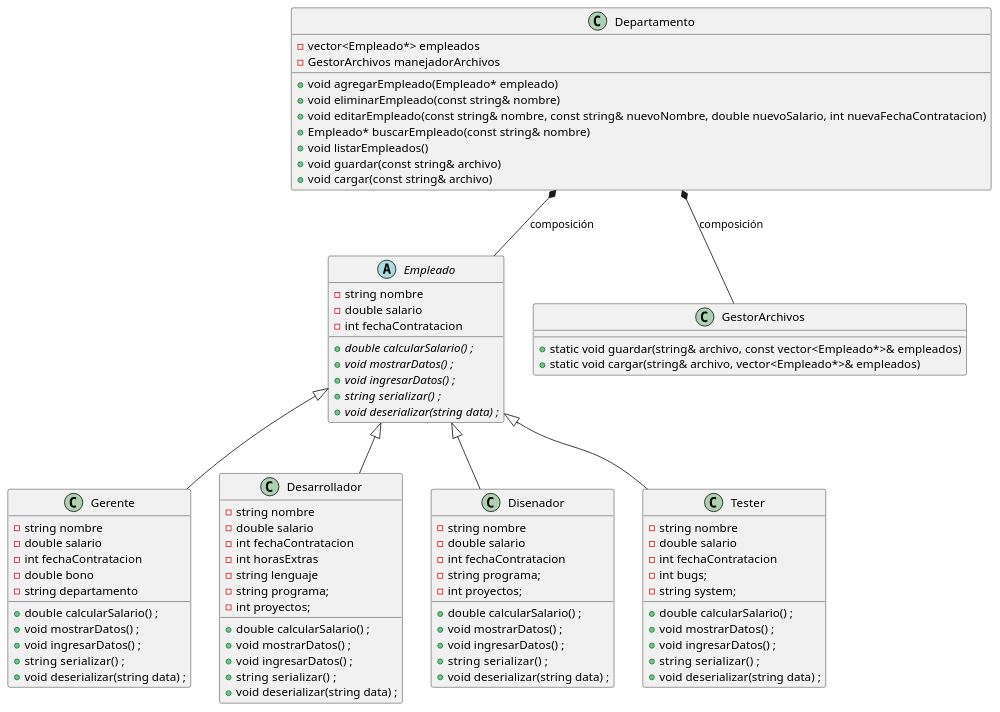
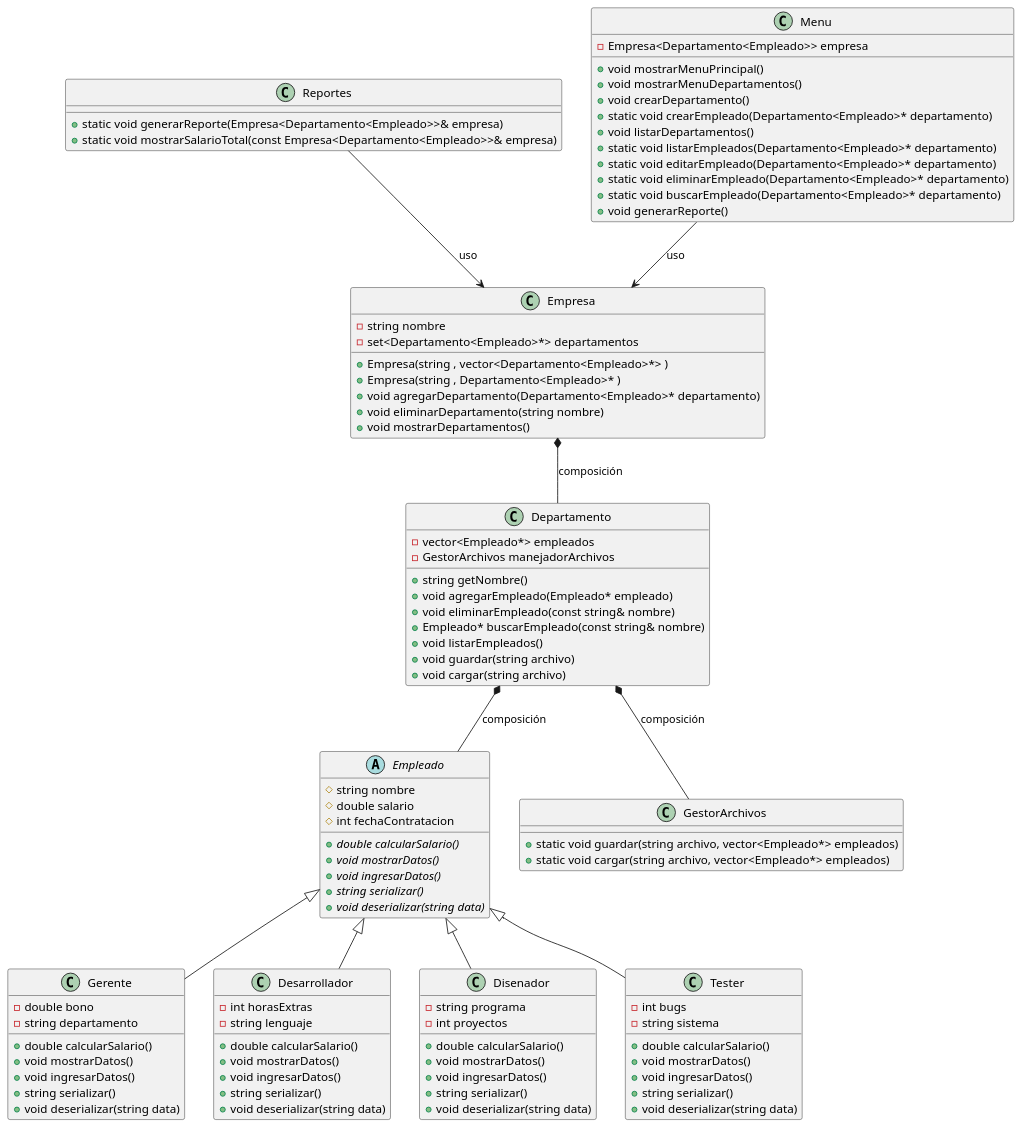
The diagram in Proyecto/Diagramas/documentacion.adoc (JoaquinLoaizaUCSM/Trabajos_LP_2), drawn with PlantUML before and after one commit. The commit also changed other lines of this file and 2 other files, not shown here.

```diff
--- a/Proyecto/Diagramas/documentacion.adoc
+++ b/Proyecto/Diagramas/documentacion.adoc
@@ -139,73 +18,59 @@
-[plantuml, clases.png,png]
+[plantuml, diagrama-de-clases, svg]
 ----
 @startuml
 abstract class Empleado {
-  -string nombre
-  -double salario
-  -int fechaContratacion
-  +{abstract} double calcularSalario() ;
-  +{abstract} void mostrarDatos() ;
-  +{abstract} void ingresarDatos() ;
-  +{abstract} string serializar()  ;
-  +{abstract} void deserializar(string data) ;
+  #string nombre
+  #double salario
+  #int fechaContratacion
+  +{abstract} double calcularSalario()
+  +{abstract} void mostrarDatos()
+  +{abstract} void ingresarDatos()
+  +{abstract} string serializar()
+  +{abstract} void deserializar(string data)
 }
 
 class Gerente {
-  -string nombre
-  -double salario
-  -int fechaContratacion
   -double bono
   -string departamento
 
-  +double calcularSalario() ;
-  +void mostrarDatos() ;
-  +void ingresarDatos() ;
-  +string serializar()  ;
-  +void deserializar(string data) ;
+  +double calcularSalario()
+  +void mostrarDatos()
+  +void ingresarDatos()
+  +string serializar()
+  +void deserializar(string data)
 }
 
 class Desarrollador {
-  -string nombre
-  -double salario
-  -int fechaContratacion
   -int horasExtras
   -string lenguaje
-  -string programa;
-  -int proyectos;
 
-  +double calcularSalario() ;
-  +void mostrarDatos() ;
-  +void ingresarDatos() ;
-  +string serializar()  ;
-  +void deserializar(string data) ;
+  +double calcularSalario()
+  +void mostrarDatos()
+  +void ingresarDatos()
+  +string serializar()
+  +void deserializar(string data)
 }
 
 class Disenador {
-  -string nombre
-  -double salario
-  -int fechaContratacion
-  -string programa;
-  -int proyectos;
+  -string programa
+  -int proyectos
 
-  +double calcularSalario() ;
-  +void mostrarDatos() ;
-  +void ingresarDatos() ;
-  +string serializar()  ;
-  +void deserializar(string data) ;
+  +double calcularSalario()
+  +void mostrarDatos()
+  +void ingresarDatos()
+  +string serializar()
+  +void deserializar(string data)
 }
 
 class Tester {
-  -string nombre
-  -double salario
-  -int fechaContratacion
-  -int bugs;
-  -string system;
+  -int bugs
+  -string sistema
 
-  +double calcularSalario() ;
-  +void mostrarDatos() ;
-  +void ingresarDatos() ;
-  +string serializar()  ;
-  +void deserializar(string data) ;
+  +double calcularSalario()
+  +void mostrarDatos()
+  +void ingresarDatos()
+  +string serializar()
+  +void deserializar(string data)
 }
 
 Empleado <|-- Gerente
@@ -214,23 +79,60 @@
 Empleado <|-- Tester
 
 class GestorArchivos {
-  +static void guardar(string& archivo, const vector<Empleado*>& empleados)
-  +static void cargar(string& archivo, vector<Empleado*>& empleados)
+  +static void guardar(string archivo, vector<Empleado*> empleados)
+  +static void cargar(string archivo, vector<Empleado*> empleados)
 }
 
 class Departamento {
   -vector<Empleado*> empleados
   -GestorArchivos manejadorArchivos
+
+  +string getNombre()
   +void agregarEmpleado(Empleado* empleado)
   +void eliminarEmpleado(const string& nombre)
-  +void editarEmpleado(const string& nombre, const string& nuevoNombre, double nuevoSalario, int nuevaFechaContratacion)
   +Empleado* buscarEmpleado(const string& nombre)
   +void listarEmpleados()
-  +void guardar(const string& archivo)
-  +void cargar(const string& archivo)
+  +void guardar(string archivo)
+  +void cargar(string archivo)
 }
 
 Departamento *-- GestorArchivos : composición
 Departamento *-- Empleado : composición
+
+class Empresa {
+  -string nombre
+  -set<Departamento<Empleado>*> departamentos
+
+  +Empresa(string , vector<Departamento<Empleado>*> )
+  +Empresa(string , Departamento<Empleado>* )
+  +void agregarDepartamento(Departamento<Empleado>* departamento)
+  +void eliminarDepartamento(string nombre)
+  +void mostrarDepartamentos()
+}
+
+class Reportes {
+  +static void generarReporte(Empresa<Departamento<Empleado>>& empresa)
+  +static void mostrarSalarioTotal(const Empresa<Departamento<Empleado>>& empresa)
+}
+
+class Menu {
+  -Empresa<Departamento<Empleado>> empresa
+
+  +void mostrarMenuPrincipal()
+  +void mostrarMenuDepartamentos()
+  +void crearDepartamento()
+  +static void crearEmpleado(Departamento<Empleado>* departamento)
+  +void listarDepartamentos()
+  +static void listarEmpleados(Departamento<Empleado>* departamento)
+  +static void editarEmpleado(Departamento<Empleado>* departamento)
+  +static void eliminarEmpleado(Departamento<Empleado>* departamento)
+  +static void buscarEmpleado(Departamento<Empleado>* departamento)
+  +void generarReporte()
+}
+
+Empresa *-- Departamento : composición
+Menu --> Empresa : uso
+Reportes --> Empresa : uso
 @enduml
+
 ----
```
